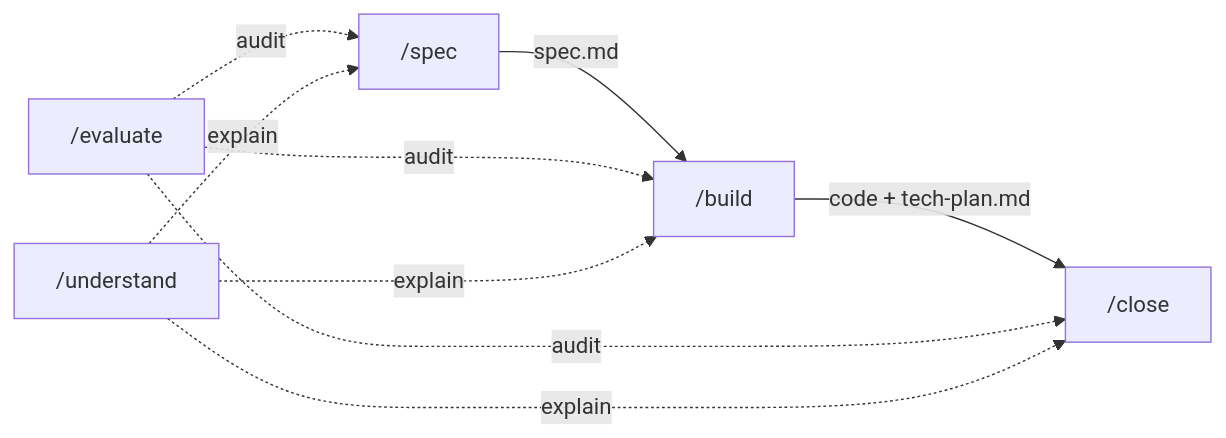
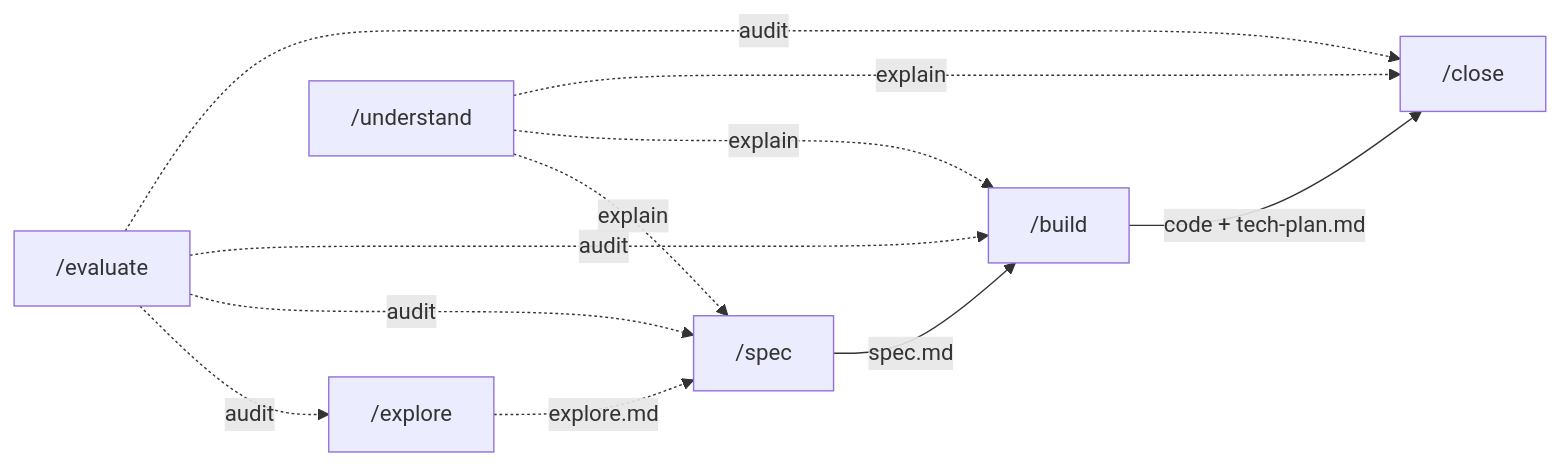
One commit to juanwmedia/craft changed the second of 3 diagrams in README.md. Above: the diagram before and after it, drawn with Mermaid. The commit also changed other lines of this file and 4 other files, not shown here.

First line of the commit message:
feat: add /explore skill, phased delivery in /spec

````diff
--- a/README.md
+++ b/README.md
@@ -26,13 +29,15 @@
 ```mermaid
 graph LR
-    S["/spec"] -->|spec.md| B["/build"]
+    X["/explore"] -.->|explore.md| S["/spec"]
+    S -->|spec.md| B["/build"]
     B -->|code + tech-plan.md| C["/close"]
 
-    E["/evaluate"] -.->|audit| S
+    E["/evaluate"] -.->|audit| X
+    E -.->|audit| S
     E -.->|audit| B
     E -.->|audit| C
 
     U["/understand"] -.->|explain| S
     U -.->|explain| B
     U -.->|explain| C
 ```
````
